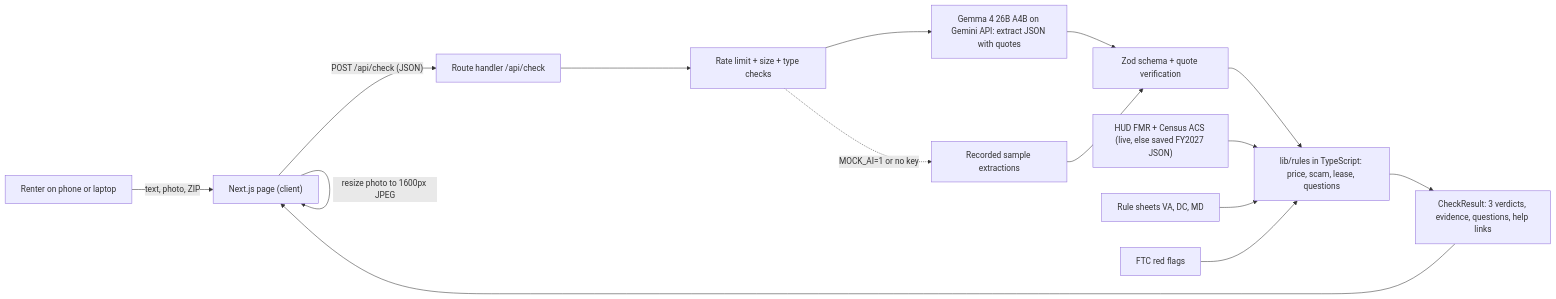
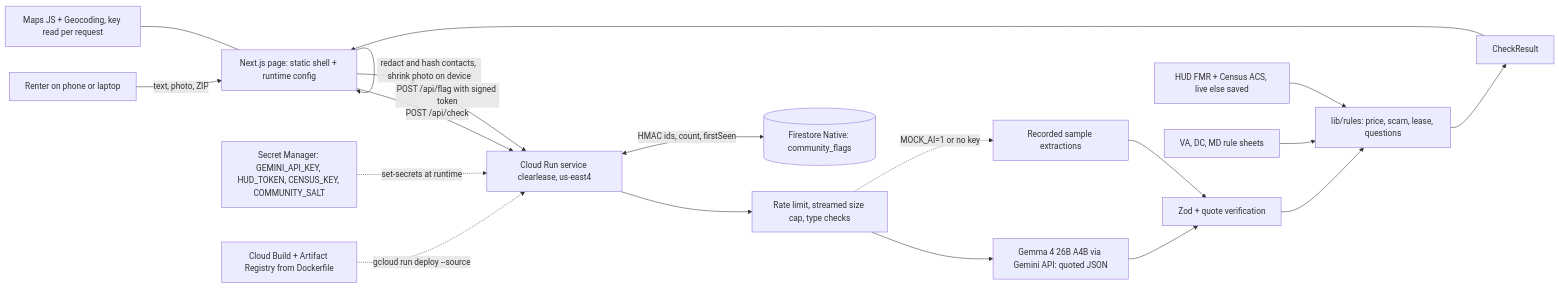
The diagram in PLAN.md (AshwinNimmala-21/gdg-team_error-404), drawn with Mermaid before and after one commit. The commit also changed other lines of this file and 12 other files, not shown here.

First line of the commit message:
docs: README (pitch, model ID, Mermaid, cost table, privacy, a11y, setup, API table), PLAN track readiness + measured cost + 26B/31B result

````diff
--- a/PLAN.md
+++ b/PLAN.md
@@ -180,17 +203,21 @@
 ```mermaid
 flowchart LR
-  U["Renter on phone or laptop"] -->|"text, photo, ZIP"| UI["Next.js page (client)"]
-  UI -->|"resize photo to 1600px JPEG"| UI
-  UI -->|"POST /api/check (JSON)"| API["Route handler /api/check"]
-  API --> G1["Rate limit + size + type checks"]
-  G1 --> AI["Gemma 4 26B A4B on Gemini API: extract JSON with quotes"]
+  U["Renter on phone or laptop"] -->|"text, photo, ZIP"| UI["Next.js page: static shell + runtime config"]
+  UI -->|"redact and hash contacts, shrink photo on device"| UI
+  UI -->|"POST /api/check"| API["Cloud Run service clearlease, us-east4"]
+  API --> G1["Rate limit, streamed size cap, type checks"]
+  G1 --> AI["Gemma 4 26B A4B via Gemini API: quoted JSON"]
   G1 -.->|"MOCK_AI=1 or no key"| MOCK["Recorded sample extractions"]
-  AI --> V["Zod schema + quote verification"]
+  AI --> V["Zod + quote verification"]
   MOCK --> V
-  V --> R["lib/rules in TypeScript: price, scam, lease, questions"]
-  D["HUD FMR + Census ACS (live, else saved FY2027 JSON)"] --> R
-  J["Rule sheets VA, DC, MD"] --> R
-  F["FTC red flags"] --> R
-  R --> RES["CheckResult: 3 verdicts, evidence, questions, help links"]
+  V --> R["lib/rules: price, scam, lease, questions"]
+  D["HUD FMR + Census ACS, live else saved"] --> R
+  J["VA, DC, MD rule sheets"] --> R
+  R --> RES["CheckResult"]
   RES --> UI
+  API <-->|"HMAC ids, count, firstSeen"| FS[("Firestore Native: community_flags")]
+  UI -->|"POST /api/flag with signed token"| API
+  SM["Secret Manager: GEMINI_API_KEY, HUD_TOKEN, CENSUS_KEY, COMMUNITY_SALT"] -.->|"set-secrets at runtime"| API
+  MAPS["Maps JS + Geocoding, key read per request"] --- UI
+  CB["Cloud Build + Artifact Registry from Dockerfile"] -.->|"gcloud run deploy --source"| API
 ```
````
